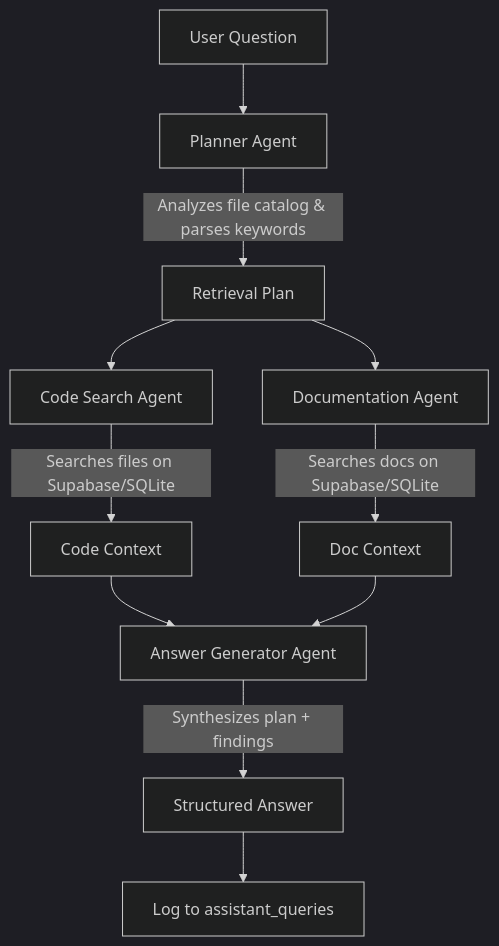
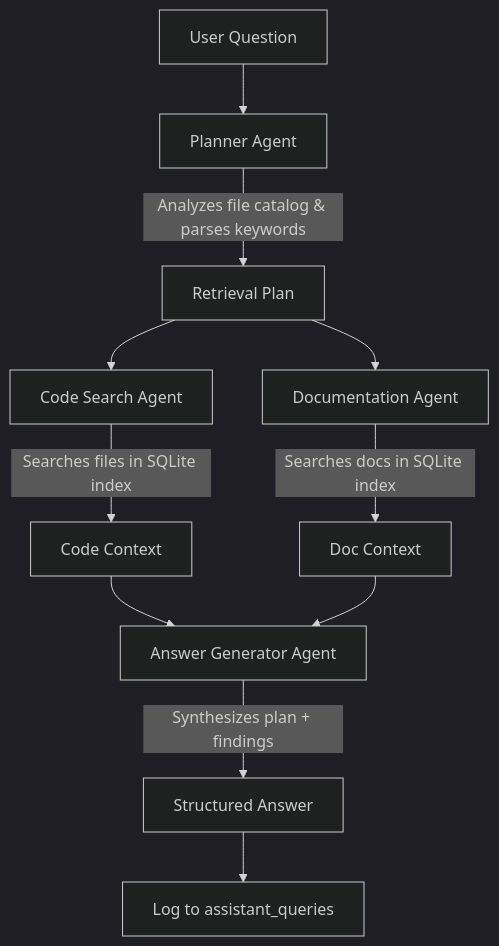
Before and after one commit to ragads/RepoLens: the diagram in walkthrough.md, drawn with Mermaid (dark theme). The commit also changed other lines of this file and 9 other files, not shown here.

````diff
--- a/walkthrough.md
+++ b/walkthrough.md
@@ -102,13 +78,13 @@
 ```mermaid
 graph TD
     UserQ[User Question] --> Planner[Planner Agent]
     Planner -->|Analyzes file catalog & parses keywords| SearchPlan[Retrieval Plan]
     SearchPlan --> CodeSearch[Code Search Agent]
     SearchPlan --> DocSearch[Documentation Agent]
-    CodeSearch -->|Searches files on Supabase/SQLite| RetrieveCode[Code Context]
-    DocSearch -->|Searches docs on Supabase/SQLite| RetrieveDoc[Doc Context]
+    CodeSearch -->|Searches files in SQLite index| RetrieveCode[Code Context]
+    DocSearch -->|Searches docs in SQLite index| RetrieveDoc[Doc Context]
     RetrieveCode --> Generator[Answer Generator Agent]
     RetrieveDoc --> Generator
     Generator -->|Synthesizes plan + findings| FinalAnswer[Structured Answer]
     FinalAnswer --> Save[Log to assistant_queries]
 ```
````
